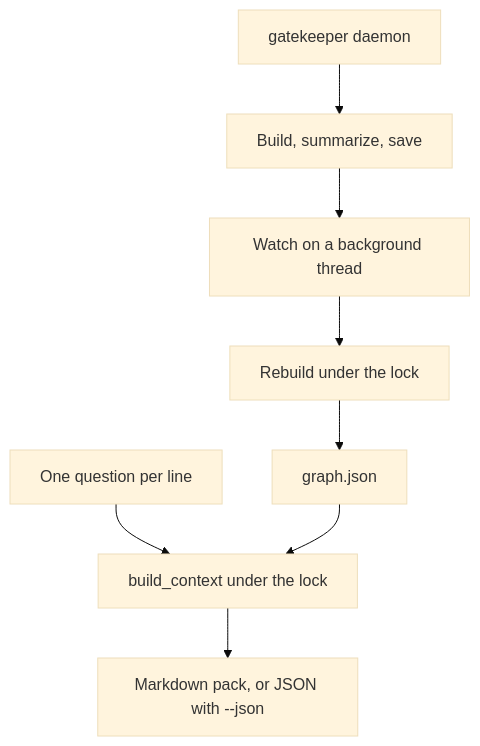
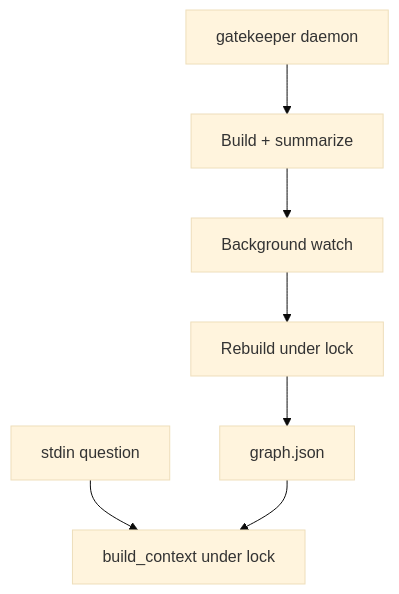
One commit to Anilkumark17/Gatekeeper changed the fourth of 4 diagrams in README.md. Above: the diagram before and after it, drawn with Mermaid (base theme). The commit also changed other lines of this file and 13 other files, not shown here.

````diff
--- a/README.md
+++ b/README.md
@@ -117,10 +106,9 @@
 ```mermaid
 flowchart TD
-  start["gatekeeper daemon"] --> first["Build, summarize, save"]
-  first --> watch["Watch on a background thread"]
-  watch --> rebuild["Rebuild under the lock"]
-  stdin["One question per line"] --> answer["build_context under the lock"]
-  rebuild --> graphFile["graph.json"]
-  graphFile --> answer
-  answer --> markdown["Markdown pack, or JSON with --json"]
+  cmd["gatekeeper daemon"] --> idx["Build + summarize"]
+  idx --> w["Background watch"]
+  w --> rebuild["Rebuild under lock"]
+  in["stdin question"] --> ans["build_context under lock"]
+  rebuild --> gjson["graph.json"]
+  gjson --> ans
 ```
````
